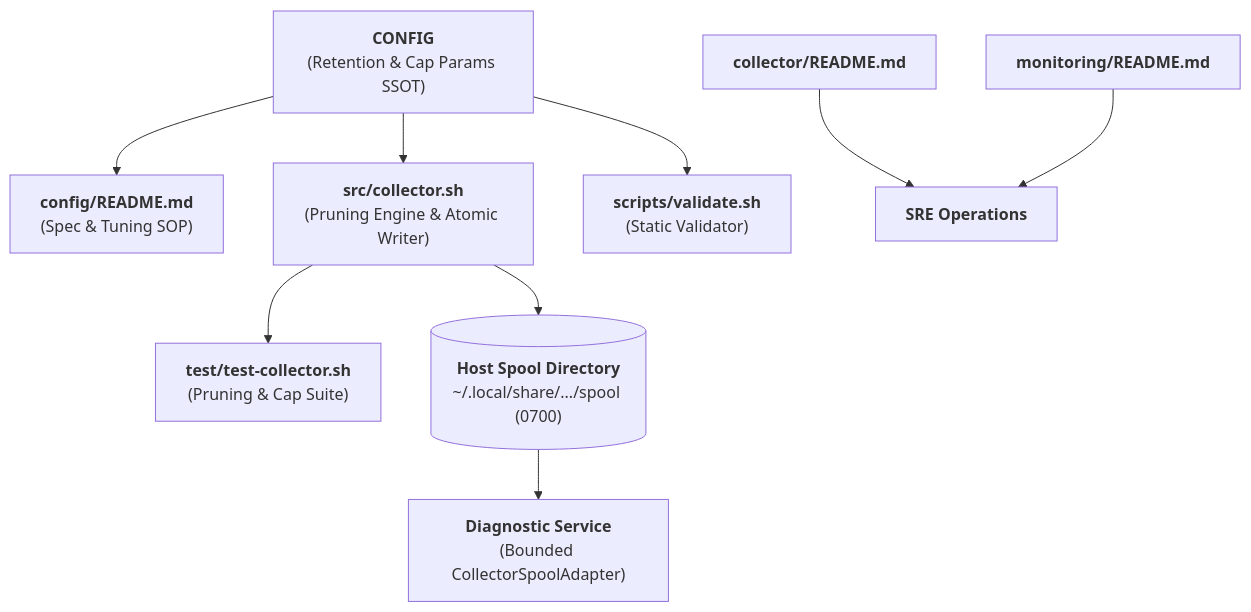
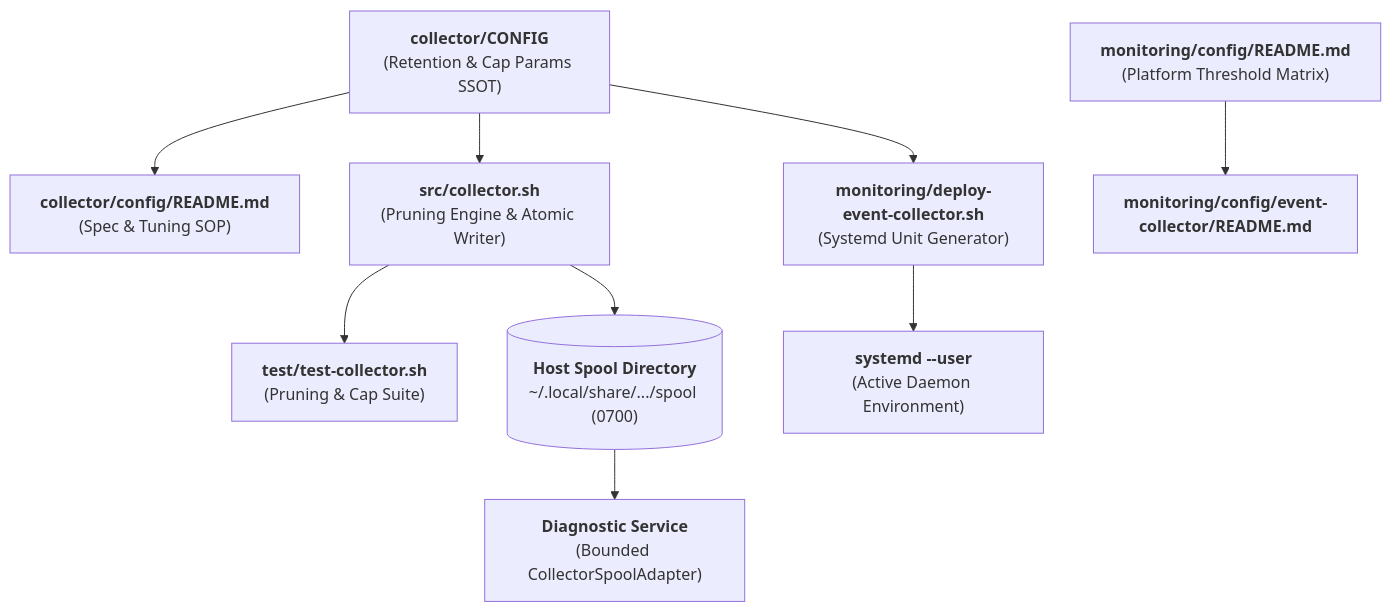
Before and after one commit to edkas07-oss/devops-handbook: the second of 2 diagrams in docs/projects/tomcat-monitoring/engineering-journal/monitoring-platform-integration/TN-011-implement-and-verify-spool-lifecycle-and-log-retention.md, drawn with Mermaid. The commit also changed other lines of this file, not shown here.

Commit message:
docs(tn-011): document platform-wide threshold matrix and event collector orchestrator configs

````diff
--- a/docs/projects/tomcat-monitoring/engineering-journal/monitoring-platform-integration/TN-011-implement-and-verify-spool-lifecycle-and-log-retention.md
+++ b/docs/projects/tomcat-monitoring/engineering-journal/monitoring-platform-integration/TN-011-implement-and-verify-spool-lifecycle-and-log-retention.md
@@ -298,11 +300,11 @@
 ```mermaid
 flowchart TD
-    CONFIG["<b>CONFIG</b><br/>(Retention & Cap Params SSOT)"] --> CONFIG_DOC["<b>config/README.md</b><br/>(Spec & Tuning SOP)"]
+    CONFIG["<b>collector/CONFIG</b><br/>(Retention & Cap Params SSOT)"] --> CONFIG_DOC["<b>collector/config/README.md</b><br/>(Spec & Tuning SOP)"]
     CONFIG --> COLLECTOR["<b>src/collector.sh</b><br/>(Pruning Engine & Atomic Writer)"]
-    CONFIG --> VALIDATE["<b>scripts/validate.sh</b><br/>(Static Validator)"]
+    CONFIG --> DEPLOY["<b>monitoring/deploy-event-collector.sh</b><br/>(Systemd Unit Generator)"]
+    CONFIG_ORCH["<b>monitoring/config/README.md</b><br/>(Platform Threshold Matrix)"] --> CONFIG_EV["<b>monitoring/config/event-collector/README.md</b>"]
     COLLECTOR --> TEST["<b>test/test-collector.sh</b><br/>(Pruning & Cap Suite)"]
+    DEPLOY --> UNIT["<b>systemd --user</b><br/>(Active Daemon Environment)"]
     COLLECTOR --> SPOOL[("<b>Host Spool Directory</b><br/>~/.local/share/.../spool (0700)")]
     SPOOL --> DS["<b>Diagnostic Service</b><br/>(Bounded CollectorSpoolAdapter)"]
-    README_COL["<b>collector/README.md</b>"] --> SRE["<b>SRE Operations</b>"]
-    README_MON["<b>monitoring/README.md</b>"] --> SRE
 ```
````
